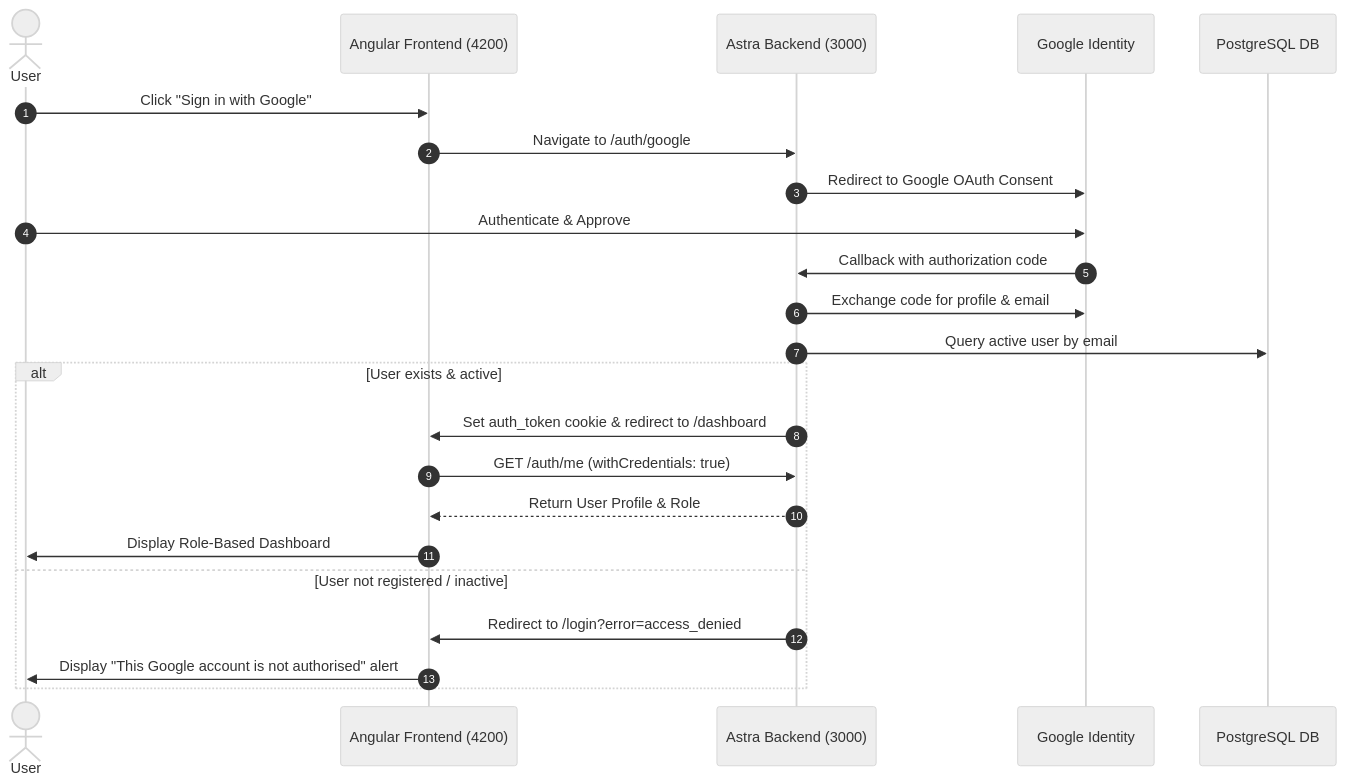
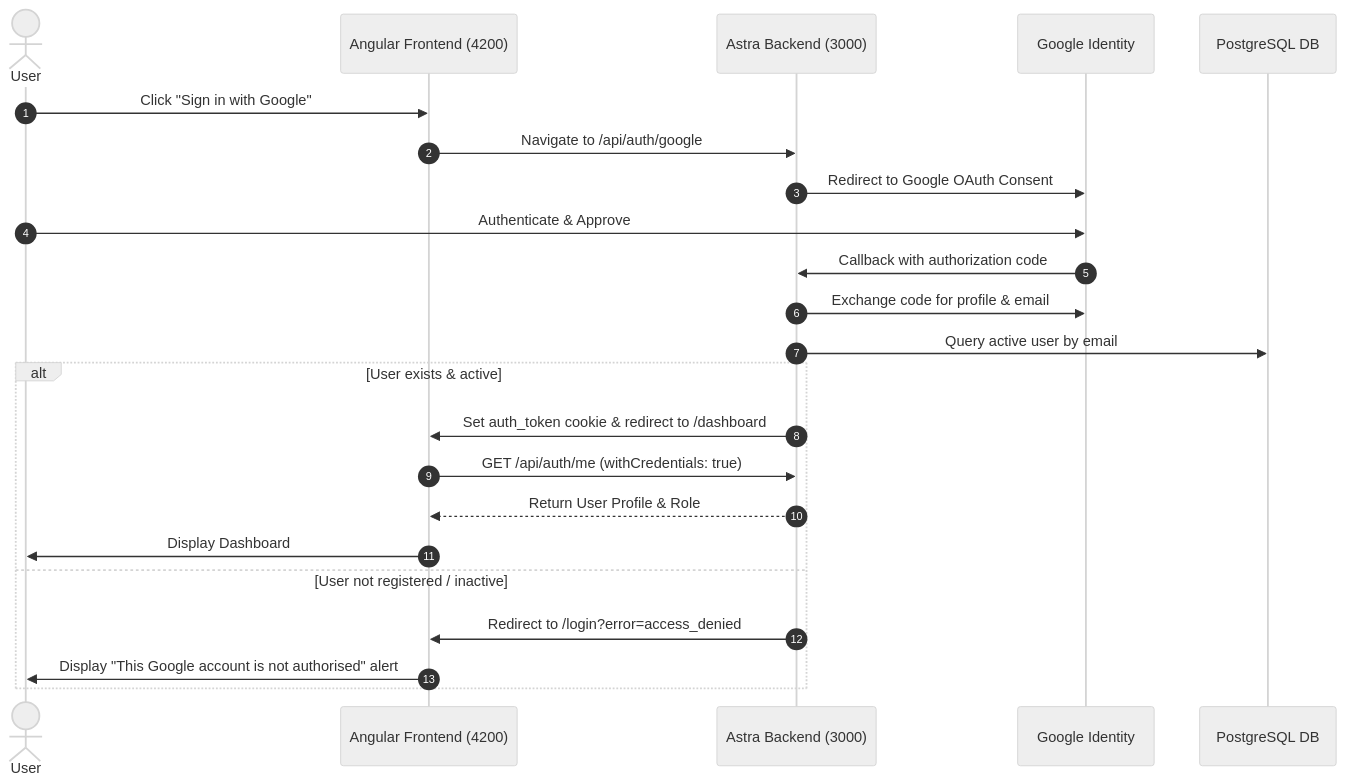
The diagram in README.md (rohit-pu/Astra_Frontend), drawn with Mermaid (neutral theme) before and after one commit. The commit also changed other lines of this file and 5 other files, not shown here.

Commit message:
feat: add user model, auth service, and Google OAuth login component

````diff
--- a/README.md
+++ b/README.md
@@ -147,26 +146,26 @@
 ```mermaid
 sequenceDiagram
     autonumber
     actor User
     participant Frontend as Angular Frontend (4200)
     participant Backend as Astra Backend (3000)
     participant Google as Google Identity
     participant DB as PostgreSQL DB
 
     User->>Frontend: Click "Sign in with Google"
-    Frontend->>Backend: Navigate to /auth/google
+    Frontend->>Backend: Navigate to /api/auth/google
     Backend->>Google: Redirect to Google OAuth Consent
     User->>Google: Authenticate & Approve
     Google->>Backend: Callback with authorization code
     Backend->>Google: Exchange code for profile & email
     Backend->>DB: Query active user by email
     alt User exists & active
         Backend->>Frontend: Set auth_token cookie & redirect to /dashboard
-        Frontend->>Backend: GET /auth/me (withCredentials: true)
+        Frontend->>Backend: GET /api/auth/me (withCredentials: true)
         Backend-->>Frontend: Return User Profile & Role
-        Frontend->>User: Display Role-Based Dashboard
+        Frontend->>User: Display Dashboard
     else User not registered / inactive
         Backend->>Frontend: Redirect to /login?error=access_denied
         Frontend->>User: Display "This Google account is not authorised" alert
     end
 ```
````
